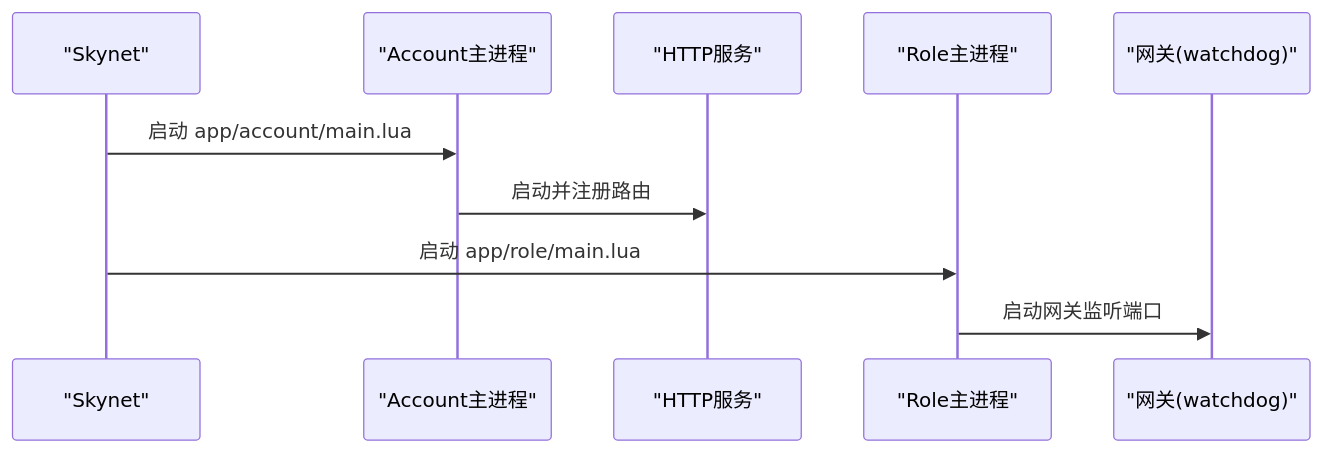
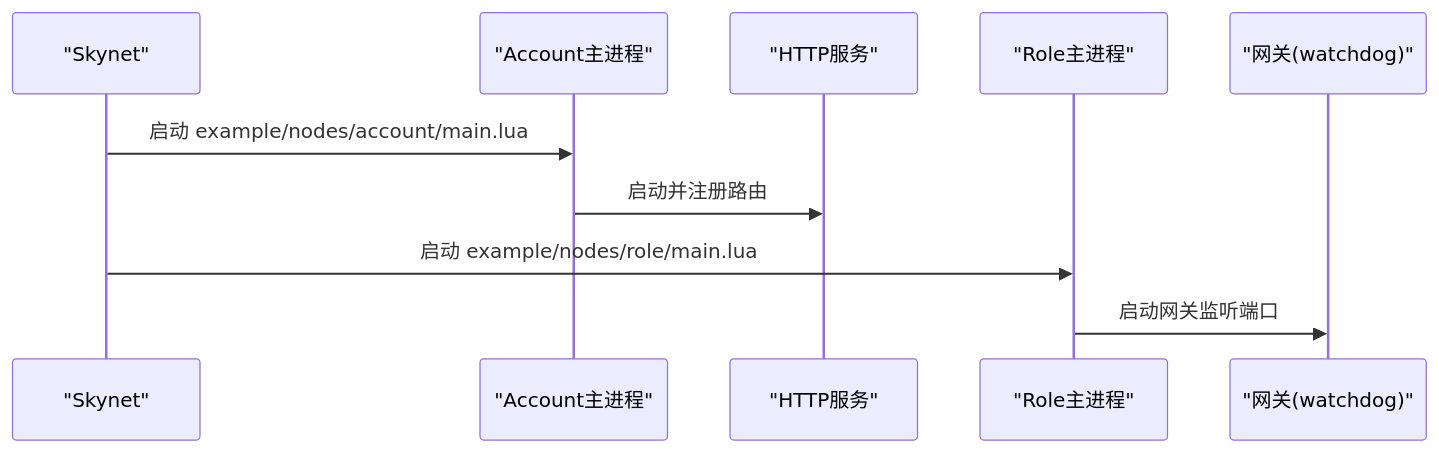
One commit to hanxi/skyext changed the sixth of 8 diagrams in docs/repowiki/zh/content/项目概述.md. Above: the diagram before and after it, drawn with Mermaid. The commit also changed other lines of this file and 117 other files, not shown here.

````diff
--- a/docs/repowiki/zh/content/项目概述.md
+++ b/docs/repowiki/zh/content/项目概述.md
@@ -231,12 +231,12 @@
 ```mermaid
 sequenceDiagram
 participant SKY as "Skynet"
 participant ACC as "Account主进程"
 participant HTTP as "HTTP服务"
 participant ROLE as "Role主进程"
 participant GW as "网关(watchdog)"
-SKY->>ACC : 启动 app/account/main.lua
+SKY->>ACC : 启动 example/nodes/account/main.lua
 ACC->>HTTP : 启动并注册路由
-SKY->>ROLE : 启动 app/role/main.lua
+SKY->>ROLE : 启动 example/nodes/role/main.lua
 ROLE->>GW : 启动网关监听端口
 ```
````
